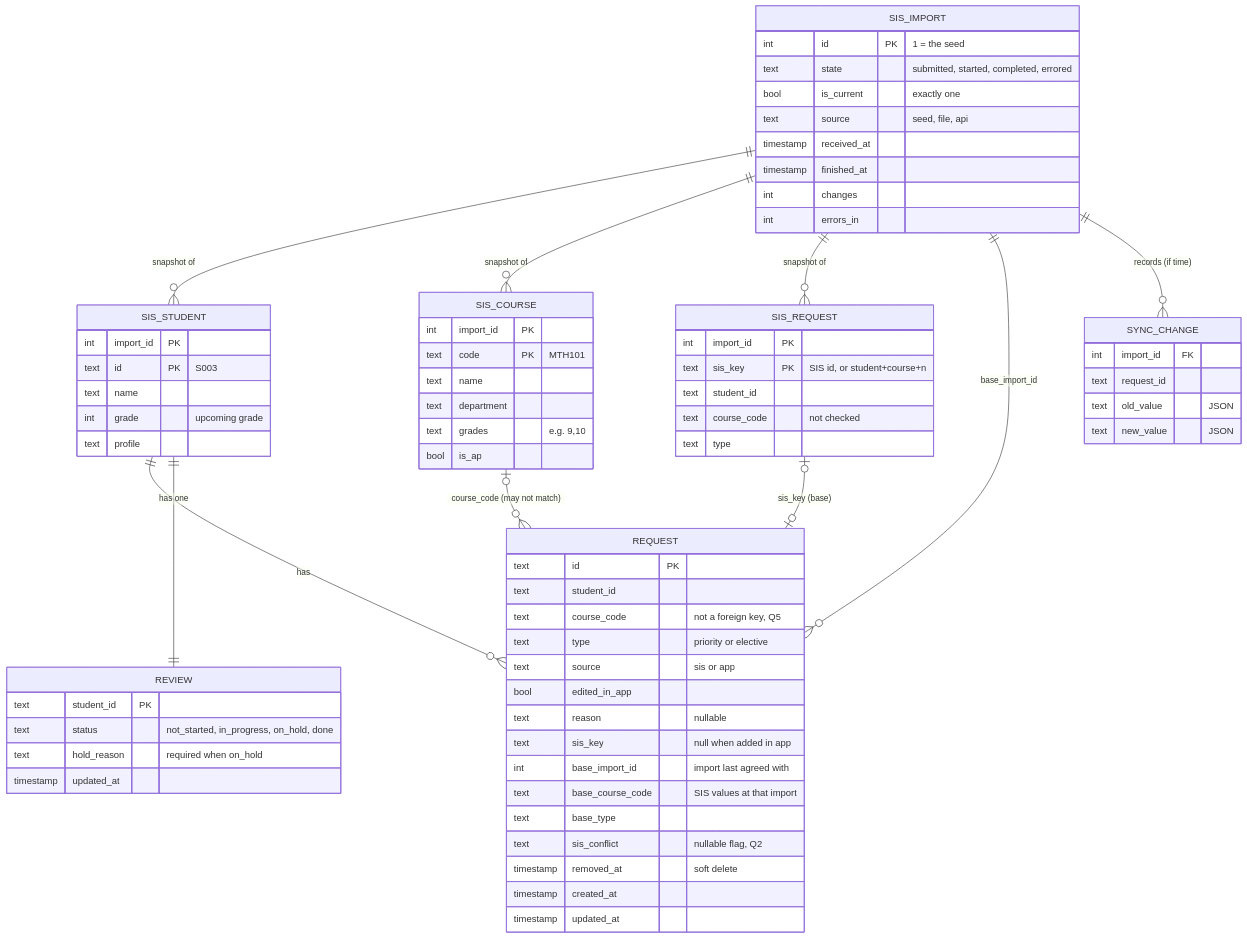
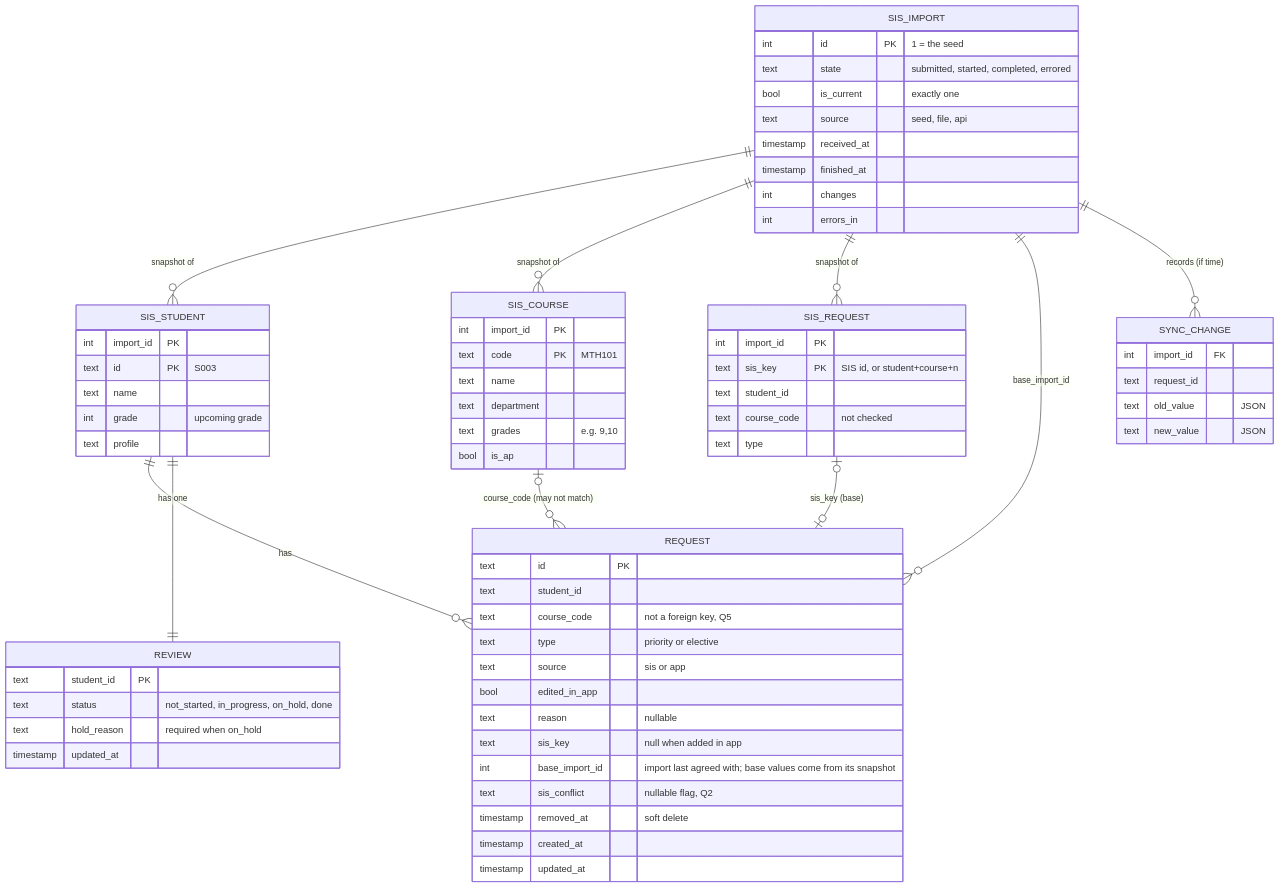
Before and after one commit to stephenmayer/CourseManager: the diagram in docs/architecture/schema.md, drawn with Mermaid. The commit also changed other lines of this file and 3 other files, not shown here.

First line of the commit message:
Schema: drop copied base values; read base from the import snapshot

````diff
--- a/docs/architecture/schema.md
+++ b/docs/architecture/schema.md
@@ -15,74 +15,72 @@
 ```mermaid
 erDiagram
     SIS_IMPORT ||--o{ SIS_STUDENT : "snapshot of"
     SIS_IMPORT ||--o{ SIS_COURSE : "snapshot of"
     SIS_IMPORT ||--o{ SIS_REQUEST : "snapshot of"
     SIS_STUDENT ||--o{ REQUEST : "has"
     SIS_STUDENT ||--|| REVIEW : "has one"
     SIS_COURSE |o--o{ REQUEST : "course_code (may not match)"
     SIS_REQUEST |o--o| REQUEST : "sis_key (base)"
     SIS_IMPORT ||--o{ REQUEST : "base_import_id"
     SIS_IMPORT ||--o{ SYNC_CHANGE : "records (if time)"
 
     SIS_IMPORT {
         int id PK "1 = the seed"
         text state "submitted, started, completed, errored"
         bool is_current "exactly one"
         text source "seed, file, api"
         timestamp received_at
         timestamp finished_at
         int changes
         int errors_in
     }
     SIS_STUDENT {
         int import_id PK
         text id PK "S003"
         text name
         int grade "upcoming grade"
         text profile
     }
     SIS_COURSE {
         int import_id PK
         text code PK "MTH101"
         text name
         text department
         text grades "e.g. 9,10"
         bool is_ap
     }
     SIS_REQUEST {
         int import_id PK
         text sis_key PK "SIS id, or student+course+n"
         text student_id
         text course_code "not checked"
         text type
     }
     REQUEST {
         text id PK
         text student_id
         text course_code "not a foreign key, Q5"
         text type "priority or elective"
         text source "sis or app"
         bool edited_in_app
         text reason "nullable"
         text sis_key "null when added in app"
-        int base_import_id "import last agreed with"
-        text base_course_code "SIS values at that import"
-        text base_type
+        int base_import_id "import last agreed with; base values come from its snapshot"
         text sis_conflict "nullable flag, Q2"
         timestamp removed_at "soft delete"
         timestamp created_at
         timestamp updated_at
     }
     REVIEW {
         text student_id PK
         text status "not_started, in_progress, on_hold, done"
         text hold_reason "required when on_hold"
         timestamp updated_at
     }
     SYNC_CHANGE {
         int import_id FK
         text request_id
         text old_value "JSON"
         text new_value "JSON"
     }
 ```
````
